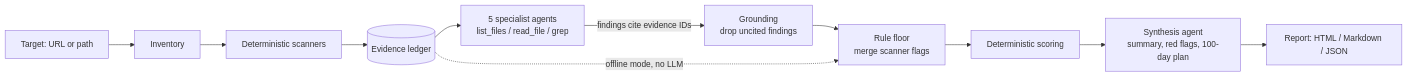
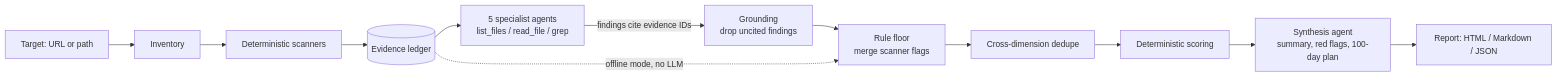
The diagram in README.md (tSLoseth/tech-dd-agent), drawn with Mermaid before and after one commit. The commit also changed other lines of this file and 9 other files, not shown here.

````diff
--- a/README.md
+++ b/README.md
@@ -13,13 +13,14 @@
 ```mermaid
 flowchart LR
     T[Target: URL or path] --> I[Inventory]
     I --> S[Deterministic scanners]
     S --> L[(Evidence ledger)]
     L --> A[5 specialist agents<br/>list_files / read_file / grep]
     A -->|findings cite evidence IDs| G[Grounding<br/>drop uncited findings]
     G --> F[Rule floor<br/>merge scanner flags]
-    F --> SC[Deterministic scoring]
+    F --> D[Cross-dimension dedupe]
+    D --> SC[Deterministic scoring]
     SC --> SY[Synthesis agent<br/>summary, red flags, 100-day plan]
     SY --> R[Report: HTML / Markdown / JSON]
     L -.->|offline mode, no LLM| F
 ```
````
